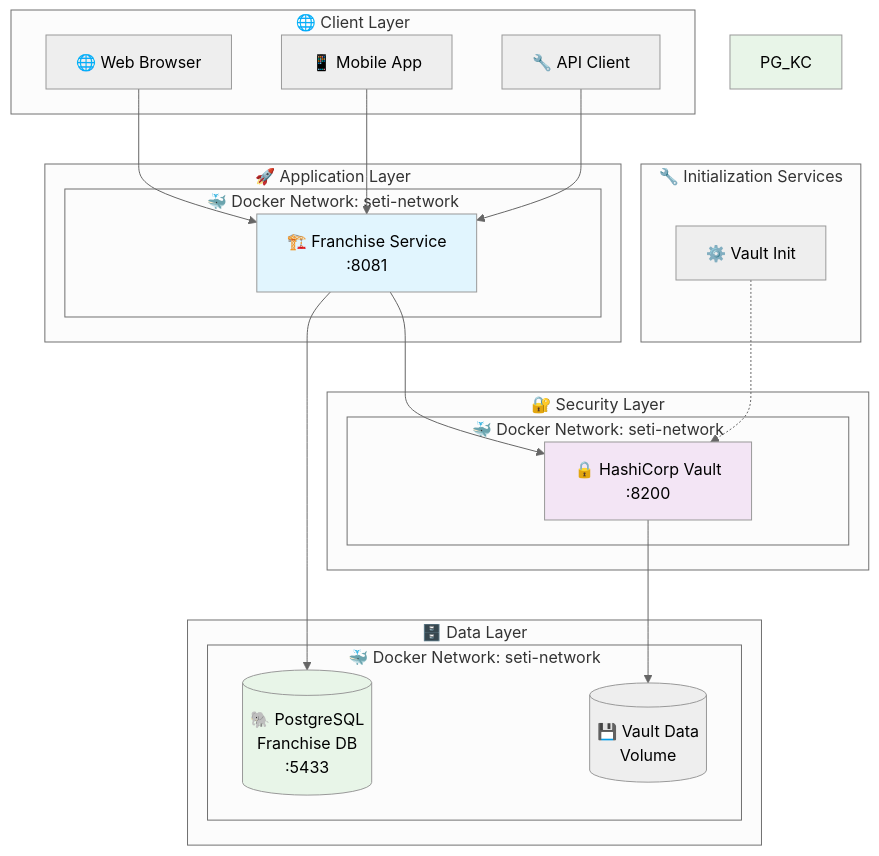
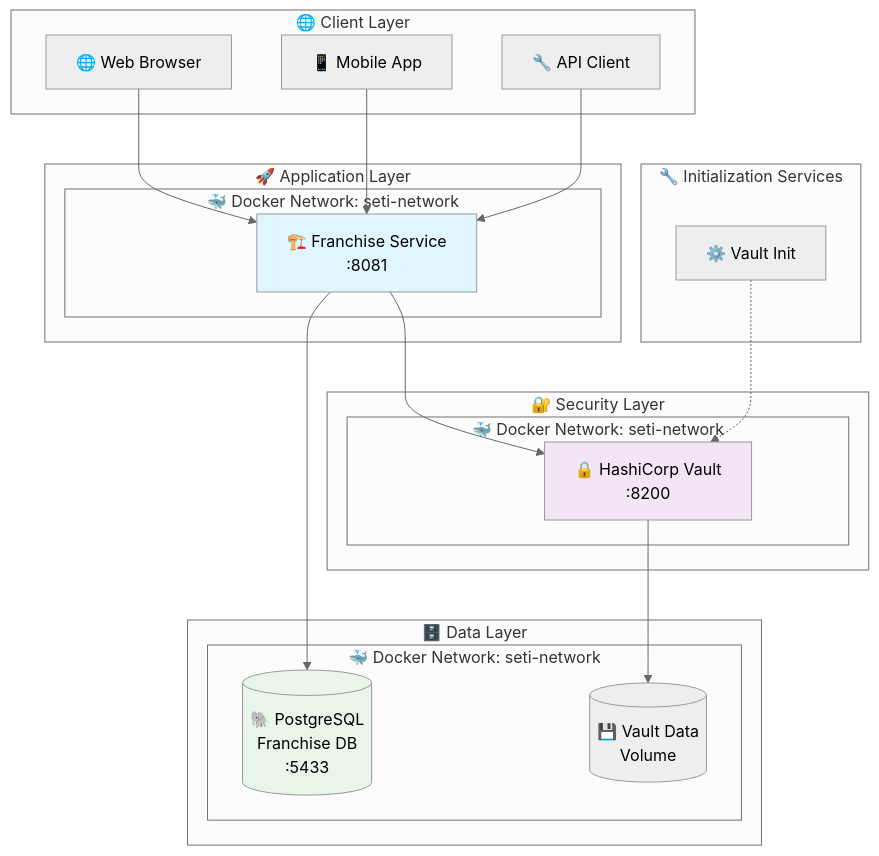
Before and after one commit to emosquerafs/seti: the fourth of 18 diagrams in README.md, drawn with Mermaid (neutral theme).

Commit message:
fix: adjust styling for VAULT in architecture diagram in README.md

````diff
--- a/README.md
+++ b/README.md
@@ -192,50 +192,49 @@
 ```mermaid
 graph TB
     subgraph "🌐 Client Layer"
         WEB[🌐 Web Browser]
         MOBILE[📱 Mobile App]
         API_CLIENT[🔧 API Client]
     end
     
         
     subgraph "🚀 Application Layer"
         subgraph "🐳 Docker Network: seti-network"
             BACKEND[🏗️ Franchise Service<br/>:8081]            
         end
     end
     
     subgraph "🔐 Security Layer"
         subgraph "🐳 Docker Network: seti-network"            
             VAULT[🔒 HashiCorp Vault<br/>:8200]
         end
     end
     
     subgraph "🗄️ Data Layer"
         subgraph "🐳 Docker Network: seti-network"
             PG_APP[(🐘 PostgreSQL<br/>Franchise DB<br/>:5433)]
             VAULT_DATA[(💾 Vault Data<br/>Volume)]
         end
     end
     
     subgraph "🔧 Initialization Services"
         VAULT_INIT[⚙️ Vault Init]
     end
     
     WEB --> BACKEND
     MOBILE --> BACKEND
     API_CLIENT --> BACKEND   
     
     
     BACKEND --> VAULT
     BACKEND --> PG_APP
     
     
     VAULT --> VAULT_DATA
     
     VAULT_INIT -.-> VAULT    
     
     style BACKEND fill:#e1f5fe    
-    style VAULT fill:#f3e5f5
-    style PG_KC fill:#e8f5e8
+    style VAULT fill:#f3e5f5    
     style PG_APP fill:#e8f5e8
 ```
````
